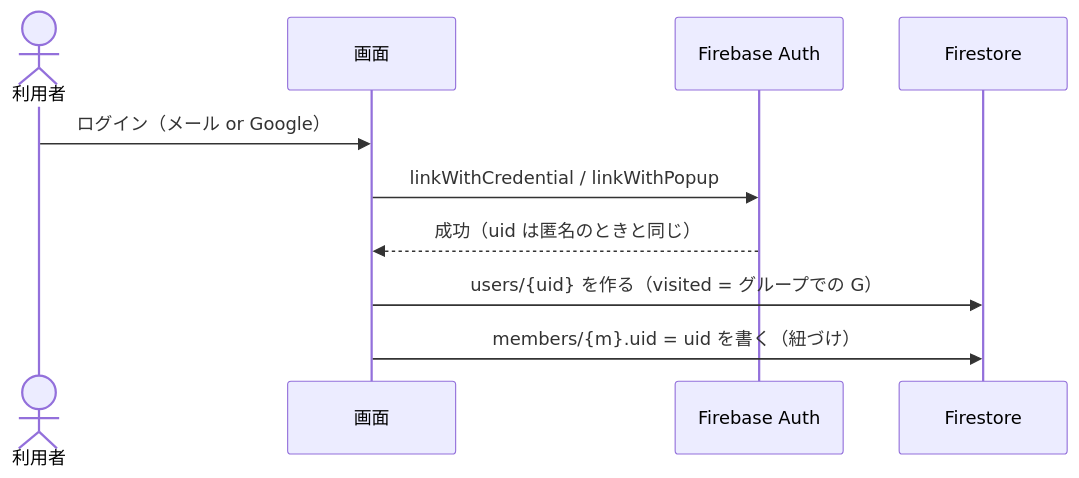
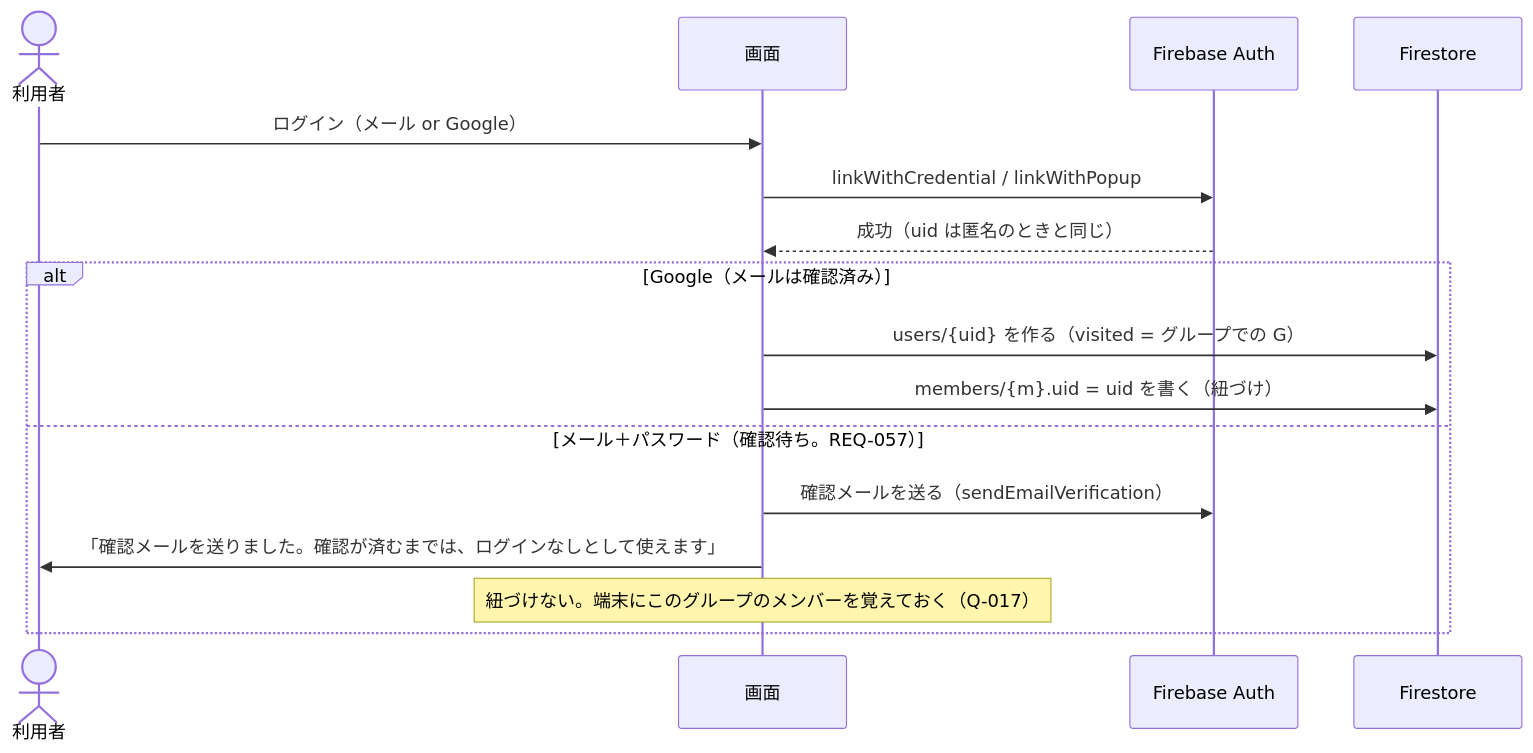
One commit to yuppy52/tabikaigi-map changed the second of 5 diagrams in docs/design/auth-flow.md. Above: the diagram before and after it, drawn with Mermaid. The commit also changed other lines of this file and 11 other files, not shown here.

````diff
--- a/docs/design/auth-flow.md
+++ b/docs/design/auth-flow.md
@@ -45,13 +47,19 @@
 ```mermaid
 sequenceDiagram
   actor U as 利用者
   participant App as 画面
   participant Auth as Firebase Auth
   participant DB as Firestore
 
   U->>App: ログイン（メール or Google）
   App->>Auth: linkWithCredential / linkWithPopup
   Auth-->>App: 成功（uid は匿名のときと同じ）
-  App->>DB: users/{uid} を作る（visited = グループでの G）
-  App->>DB: members/{m}.uid = uid を書く（紐づけ）
+  alt Google（メールは確認済み）
+    App->>DB: users/{uid} を作る（visited = グループでの G）
+    App->>DB: members/{m}.uid = uid を書く（紐づけ）
+  else メール＋パスワード（確認待ち。REQ-057）
+    App->>Auth: 確認メールを送る（sendEmailVerification）
+    App->>U: 「確認メールを送りました。確認が済むまでは、ログインなしとして使えます」
+    Note over App: 紐づけない。端末にこのグループのメンバーを覚えておく（Q-017）
+  end
 ```
````
